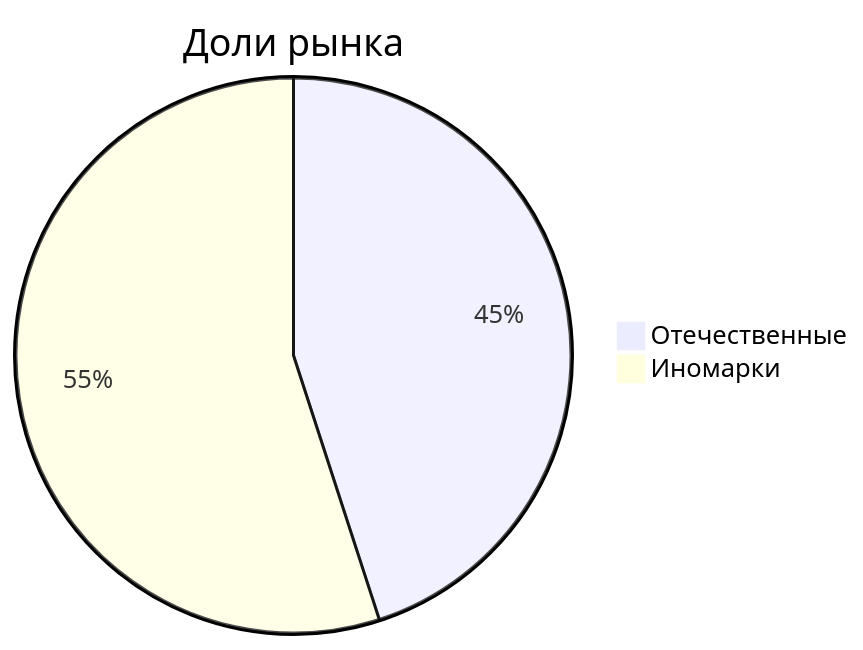
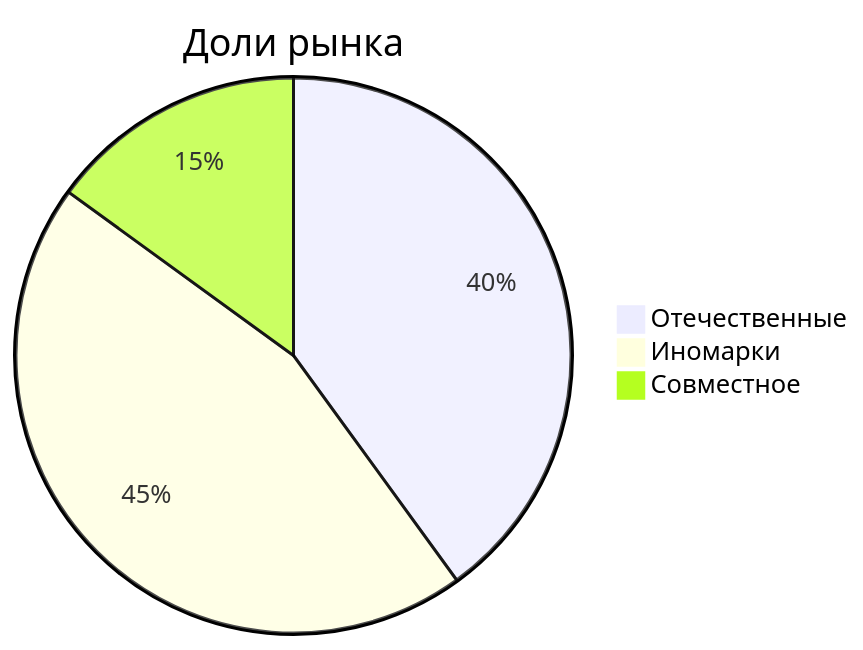
The ninth of 9 diagrams in README.md (Insertted/Mermaid_training), drawn with Mermaid before and after one commit.

````diff
--- a/README.md
+++ b/README.md
@@ -225,5 +225,6 @@
 ```mermaid
 pie title Доли рынка
-    "Отечественные" : 45
-    "Иномарки" : 55
+    "Отечественные" : 40
+    "Иномарки" : 45
+    "Совместное" : 15
 ```
````
